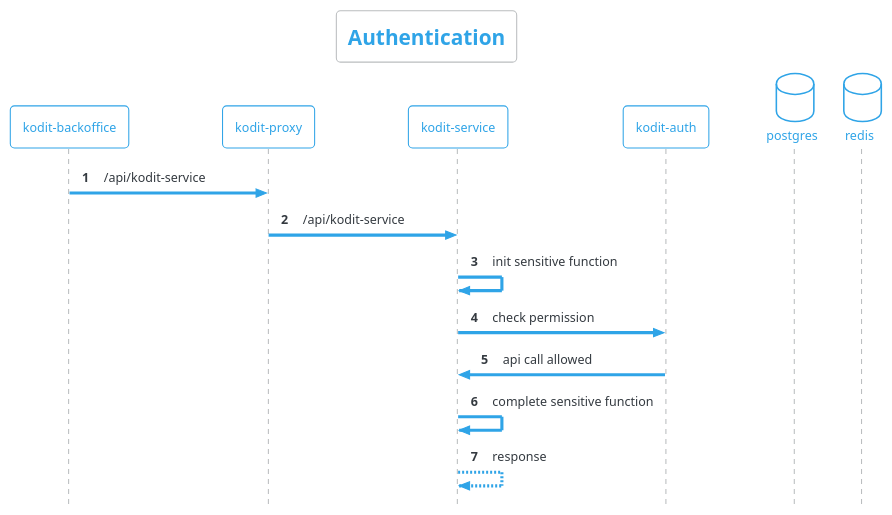
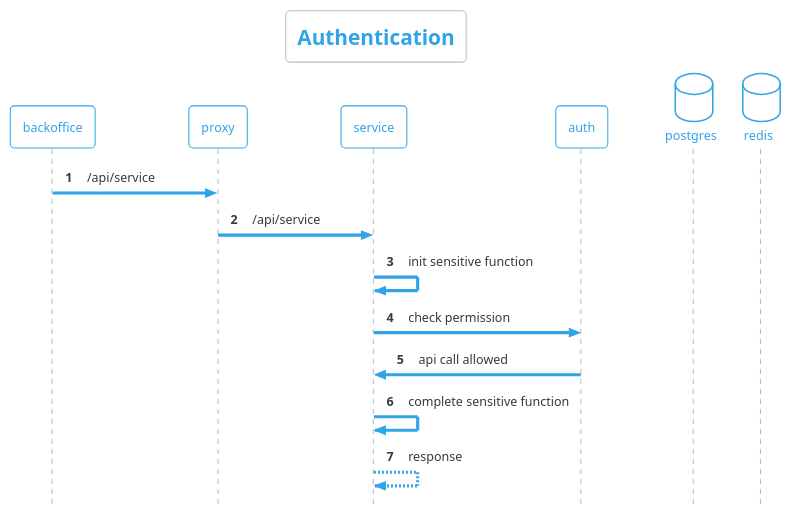
The diagram in docs/uml/authorization.puml (ruslands/auth-service), drawn with PlantUML before and after one commit. The commit also changed 230 other files, not shown here.

```diff
--- a/docs/uml/authorization.puml
+++ b/docs/uml/authorization.puml
@@ -1,30 +1,30 @@
 @startuml fotocasa_lead_integration
 !theme cerulean-outline
  
-participant "kodit-backoffice" as backoffice
-participant "kodit-proxy" as proxy
-participant "kodit-service" as service
-participant "kodit-auth" as auth
+participant "backoffice" as backoffice
+participant "proxy" as proxy
+participant "service" as service
+participant "auth" as auth
 database "postgres" as postgres
 database "redis" as redis
  
 autonumber
 autoactivate off
  
 skinparam style strictuml
 skinparam responseMessageBelowArrow true
 skinparam maxMessageSize 250
 skinparam backgroundColor white
 skinparam DefaultFontName SansSerif
  
 title Authentication
 
-backoffice -> proxy: /api/kodit-service
-proxy -> service: /api/kodit-service
+backoffice -> proxy: /api/service
+proxy -> service: /api/service
 service -> service: init sensitive function
 service -> auth: check permission
 auth -> service: api call allowed
 service -> service: complete sensitive function
 service --> service: response
 
 @enduml
```
